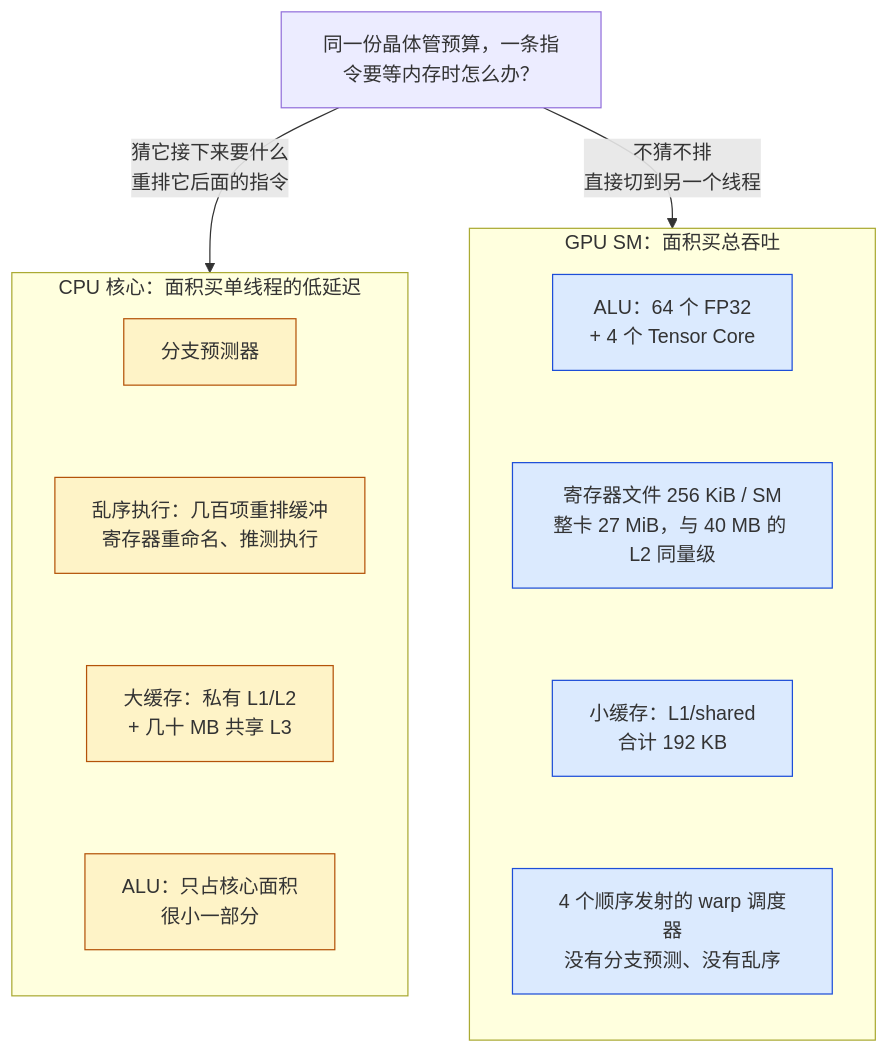
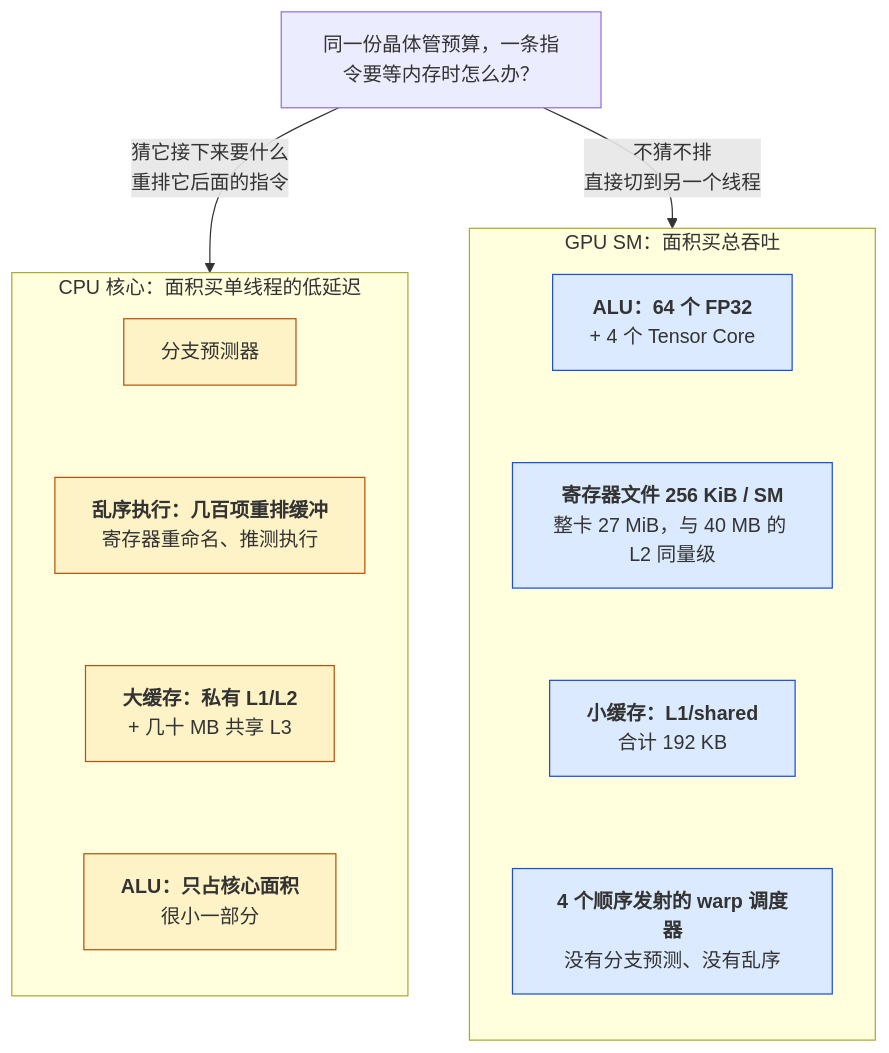
The first of 15 diagrams in _posts/2026-05-11-gpu-architecture-and-roofline.md (arganzheng/arganzheng.github.com), drawn with Mermaid before and after one commit. The commit also changed other lines of this file and 10 other files, not shown here.

First line of the commit message:
GPU Kernel 工程：从 CUDA 执行模型到 FlashAttention：Mermaid 多行方框的首行标为标题（11 篇）

````diff
--- a/_posts/2026-05-11-gpu-architecture-and-roofline.md
+++ b/_posts/2026-05-11-gpu-architecture-and-roofline.md
@@ -52,17 +52,17 @@
 ```mermaid
 %% 同一份晶体管预算，CPU 与 GPU 各花在了哪里
 flowchart TB
     classDef cpu fill:#fef3c7,stroke:#b45309
     classDef gpu fill:#dbeafe,stroke:#1d4ed8
     Q["同一份晶体管预算，一条指令要等内存时怎么办？"]
     subgraph CPU["CPU 核心：面积买单线程的低延迟"]
         direction TB
-        C1["分支预测器"]:::cpu ~~~ C2["乱序执行：几百项重排缓冲<br/>寄存器重命名、推测执行"]:::cpu ~~~ C3["大缓存：私有 L1/L2<br/>+ 几十 MB 共享 L3"]:::cpu ~~~ C4["ALU：只占核心面积<br/>很小一部分"]:::cpu
+        C1["分支预测器"]:::cpu ~~~ C2["<b>乱序执行：几百项重排缓冲</b><br/>寄存器重命名、推测执行"]:::cpu ~~~ C3["<b>大缓存：私有 L1/L2</b><br/>+ 几十 MB 共享 L3"]:::cpu ~~~ C4["<b>ALU：只占核心面积</b><br/>很小一部分"]:::cpu
     end
     subgraph GPU["GPU SM：面积买总吞吐"]
         direction TB
-        G1["ALU：64 个 FP32<br/>+ 4 个 Tensor Core"]:::gpu ~~~ G2["寄存器文件 256 KiB / SM<br/>整卡 27 MiB，与 40 MB 的 L2 同量级"]:::gpu ~~~ G3["小缓存：L1/shared<br/>合计 192 KB"]:::gpu ~~~ G4["4 个顺序发射的 warp 调度器<br/>没有分支预测、没有乱序"]:::gpu
+        G1["<b>ALU：64 个 FP32</b><br/>+ 4 个 Tensor Core"]:::gpu ~~~ G2["<b>寄存器文件 256 KiB / SM</b><br/>整卡 27 MiB，与 40 MB 的 L2 同量级"]:::gpu ~~~ G3["<b>小缓存：L1/shared</b><br/>合计 192 KB"]:::gpu ~~~ G4["<b>4 个顺序发射的 warp 调度器</b><br/>没有分支预测、没有乱序"]:::gpu
     end
     Q -->|"猜它接下来要什么<br/>重排它后面的指令"| CPU
     Q -->|"不猜不排<br/>直接切到另一个线程"| GPU
 ```
````
